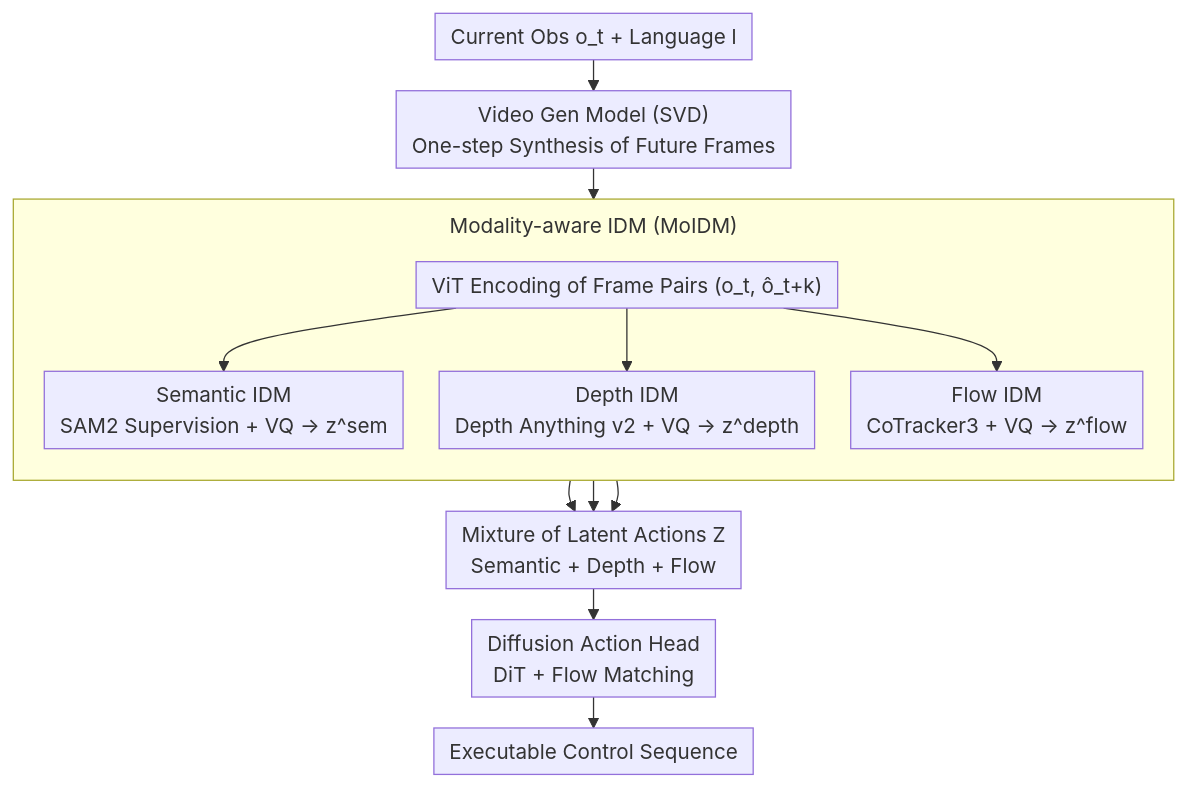
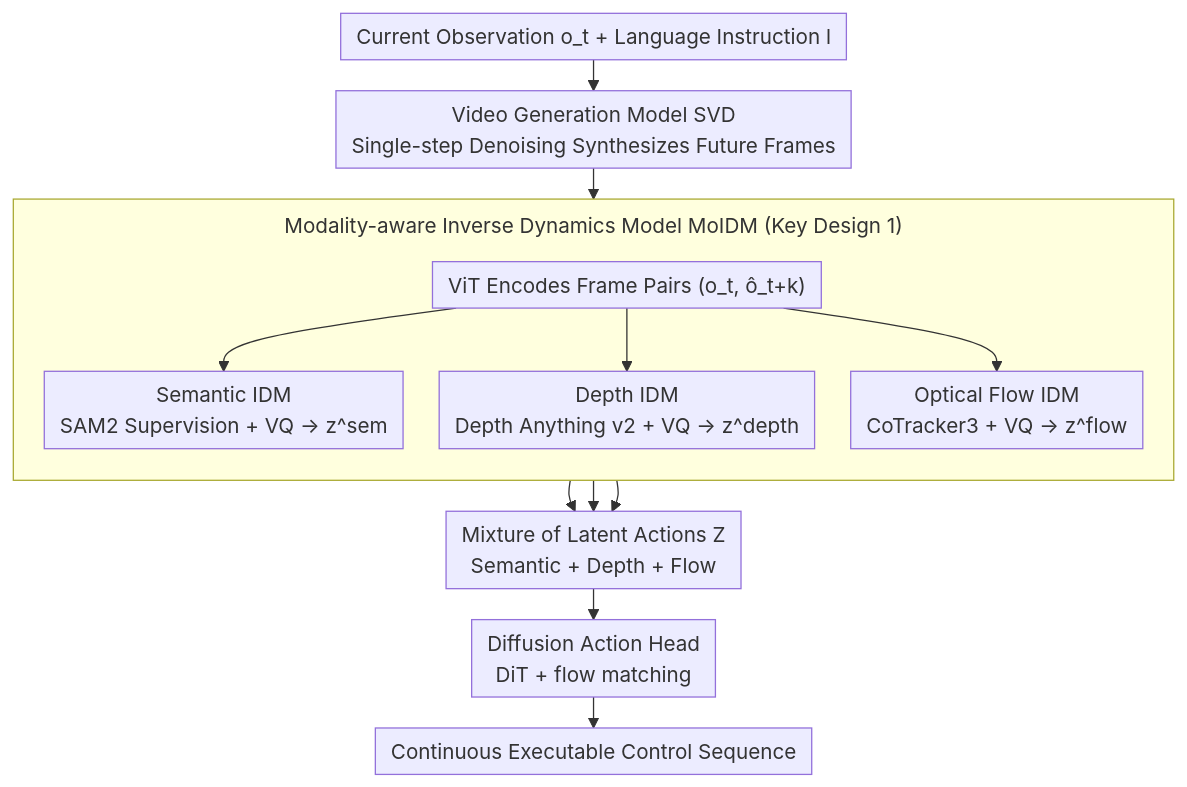
One commit to zhaoyang97/Paper-Notes-en changed the diagram in docs/ICML2026/robotics/from_imagined_futures_to_executable_actions_mixture_of_latent_actions_for_robot_.md. Above: the diagram before and after it, drawn with Mermaid. The commit also changed other lines of this file and 5084 other files, not shown here.

````diff
--- a/docs/ICML2026/robotics/from_imagined_futures_to_executable_actions_mixture_of_latent_actions_for_robot_.md
+++ b/docs/ICML2026/robotics/from_imagined_futures_to_executable_actions_mixture_of_latent_actions_for_robot_.md
@@ -43,17 +43,17 @@
 ```mermaid
 %%{init: {'flowchart': {'rankSpacing': 24, 'nodeSpacing': 28, 'padding': 6, 'wrappingWidth': 400, 'subGraphTitleMargin': {'top': 8, 'bottom': 16}}}}%%
 flowchart TD
-    A["Current Obs o_t + Language l"] --> B["Video Gen Model (SVD)<br/>One-step Synthesis of Future Frames"]
-    B --> C["ViT Encoding of Frame Pairs (o_t, ô_t+k)"]
-    subgraph MOIDM["Modality-aware IDM (MoIDM)"]
+    A["Current Observation o_t + Language Instruction l"] --> B["Video Generation Model SVD<br/>Single-step Denoising Synthesizes Future Frames"]
+    B --> C["ViT Encodes Frame Pairs (o_t, ô_t+k)"]
+    subgraph MOIDM["Modality-aware Inverse Dynamics Model MoIDM (Key Design 1)"]
         direction TB
         C --> D1["Semantic IDM<br/>SAM2 Supervision + VQ → z^sem"]
         C --> D2["Depth IDM<br/>Depth Anything v2 + VQ → z^depth"]
-        C --> D3["Flow IDM<br/>CoTracker3 + VQ → z^flow"]
+        C --> D3["Optical Flow IDM<br/>CoTracker3 + VQ → z^flow"]
     end
     D1 --> Z["Mixture of Latent Actions Z<br/>Semantic + Depth + Flow"]
     D2 --> Z
     D3 --> Z
-    Z --> E["Diffusion Action Head<br/>DiT + Flow Matching"]
-    E --> F["Executable Control Sequence"]
+    Z --> E["Diffusion Action Head<br/>DiT + flow matching"]
+    E --> F["Continuous Executable Control Sequence"]
 ```
````
